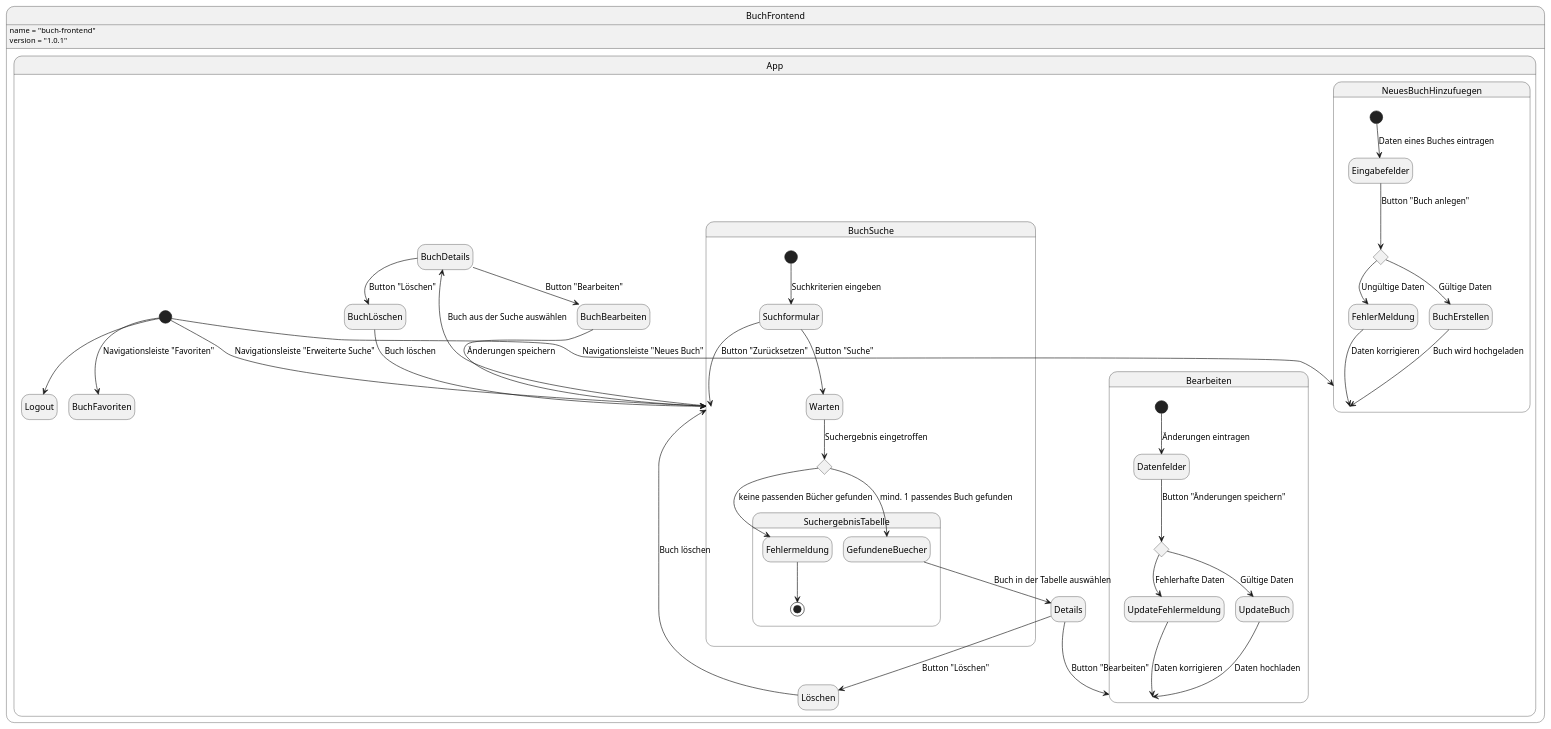
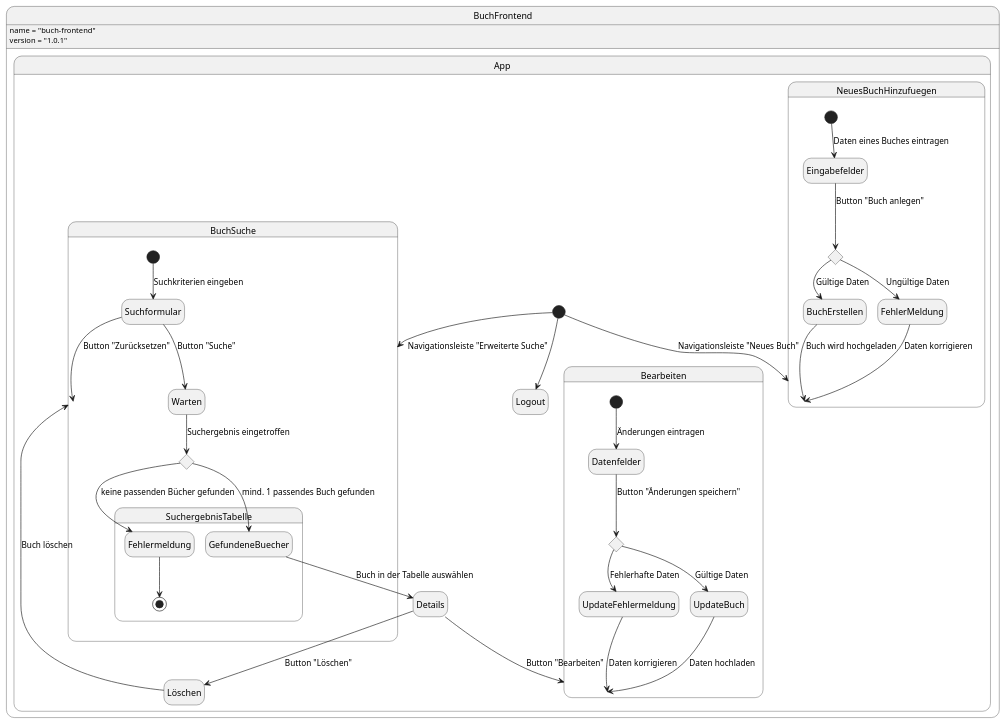
The diagram in .extras/doc/zustandsdiagramm.plantuml (Scarrange/buch-frontend), drawn with PlantUML before and after one commit. The commit also changed 2 other files, not shown here.

```diff
--- a/.extras/doc/zustandsdiagramm.plantuml
+++ b/.extras/doc/zustandsdiagramm.plantuml
@@ -1,63 +1,57 @@
 @startuml Zustandsdiagramm
 ' Preview durch <Alt>d
 
 hide empty description
 state BuchFrontend {
     BuchFrontend : name = "buch-frontend"
     BuchFrontend : version = "1.0.1"
 
     state App {
         [*] --> Logout
 
         state BuchSuche {
             [*] --> Suchformular: Suchkriterien eingeben
             Suchformular --> Warten: Button "Suche"
             Suchformular --> BuchSuche: Button "Zurücksetzen"
             state SuchAuswahl <<choice>>
             Warten --> SuchAuswahl: Suchergebnis eingetroffen
 
             state SuchergebnisTabelle {
                 SuchAuswahl --> GefundeneBuecher: mind. 1 passendes Buch gefunden
                 SuchAuswahl --> Fehlermeldung: keine passenden Bücher gefunden
                 Fehlermeldung --> [*]
             }
         }
         Details --> Bearbeiten: Button "Bearbeiten"
         Details --> Löschen: Button "Löschen"
         Löschen --> BuchSuche: Buch löschen
 
         state Bearbeiten {
             [*] --> Datenfelder: Änderungen eintragen
             state UpdateAuswahl <<choice>> 
             Datenfelder --> UpdateAuswahl: Button "Änderungen speichern"
             UpdateAuswahl --> UpdateFehlermeldung: Fehlerhafte Daten
             UpdateAuswahl --> UpdateBuch: Gültige Daten
             UpdateBuch --> Bearbeiten: Daten hochladen
             UpdateFehlermeldung --> Bearbeiten: Daten korrigieren
         }
 
         [*] --> BuchSuche: Navigationsleiste "Erweiterte Suche"
         GefundeneBuecher --> Details: Buch in der Tabelle auswählen
 
         [*] --> NeuesBuchHinzufuegen: Navigationsleiste "Neues Buch"
         
         state NeuesBuchHinzufuegen {
             [*] --> Eingabefelder: Daten eines Buches eintragen
             state HinzufuegenAuswahl <<choice>>
             Eingabefelder --> HinzufuegenAuswahl: Button "Buch anlegen"
             HinzufuegenAuswahl --> BuchErstellen: Gültige Daten
             HinzufuegenAuswahl --> FehlerMeldung: Ungültige Daten
             BuchErstellen --> NeuesBuchHinzufuegen: Buch wird hochgeladen
             FehlerMeldung --> NeuesBuchHinzufuegen: Daten korrigieren
         }
 
-        BuchSuche --> BuchDetails: Buch aus der Suche auswählen
-        BuchDetails --> BuchBearbeiten: Button "Bearbeiten"
-        BuchDetails --> BuchLöschen: Button "Löschen"
-        BuchLöschen --> BuchSuche: Buch löschen
-        BuchBearbeiten --> BuchSuche: Änderungen speichern
-
-        [*] --> BuchFavoriten: Navigationsleiste "Favoriten"
+        
     }
 }
 @enduml
```
